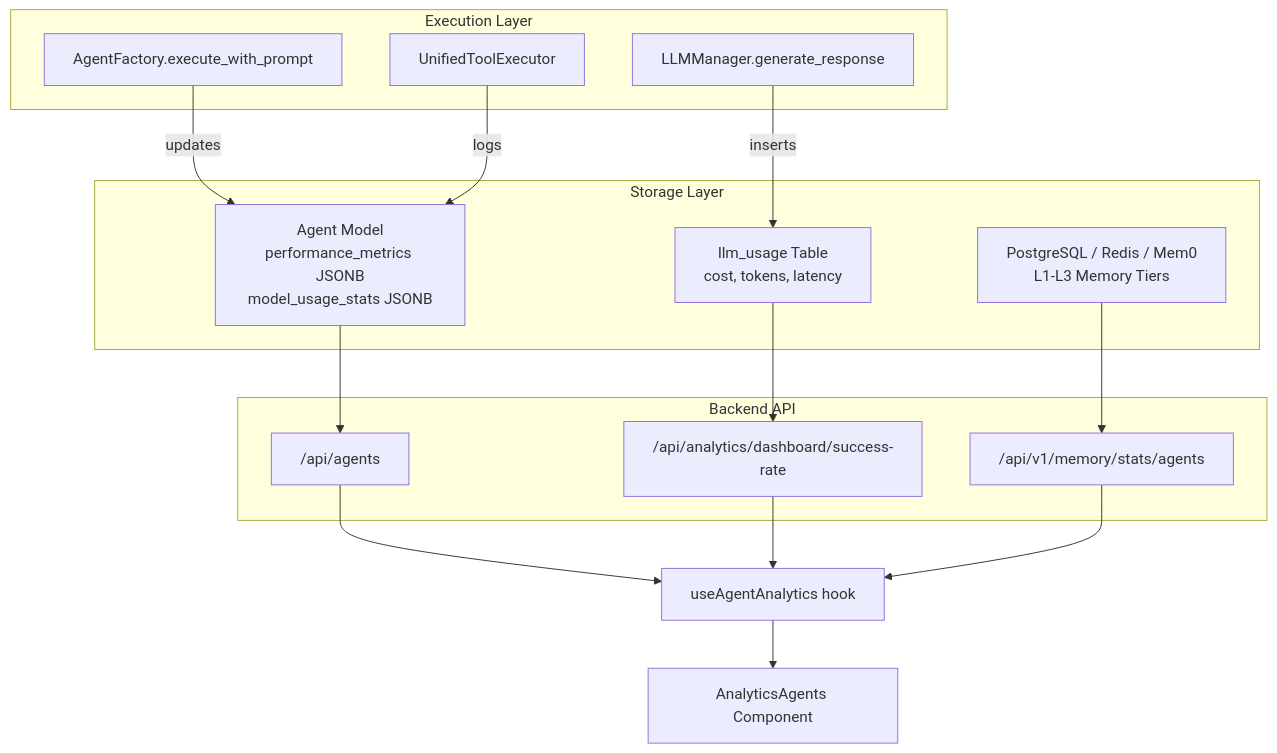
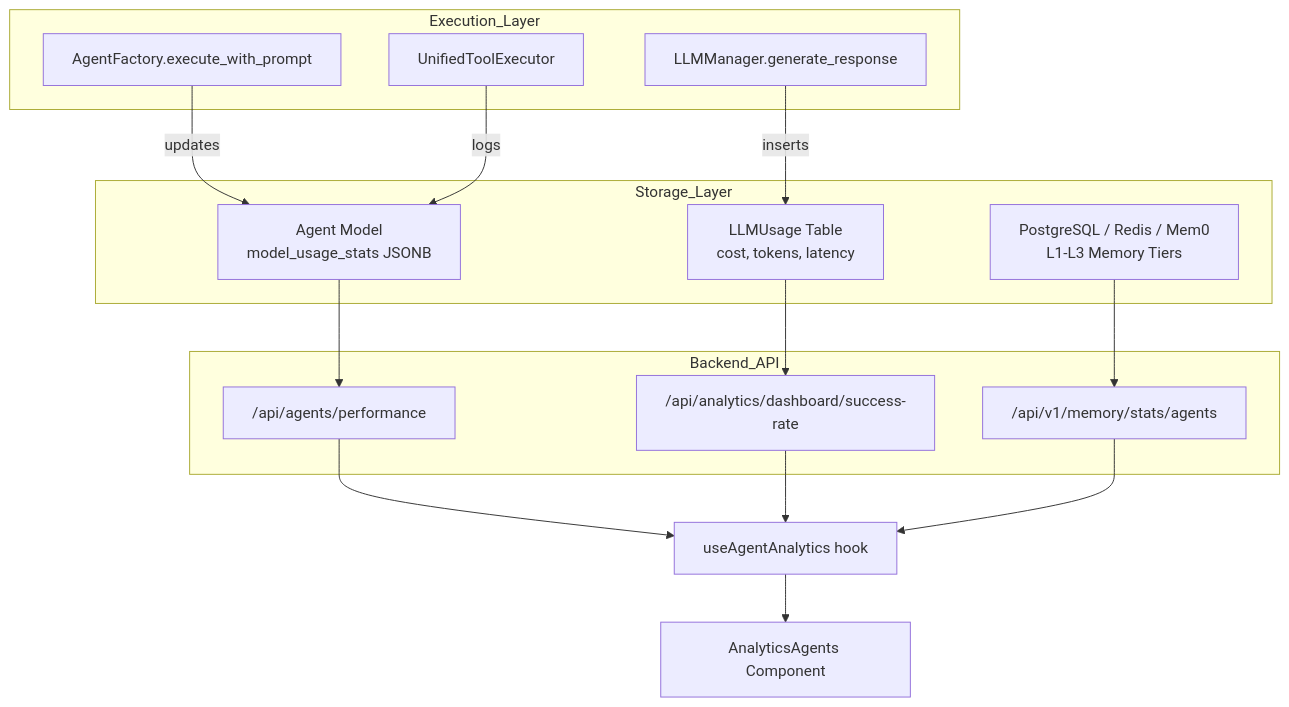
The first of 2 diagrams in docs/analytics-monitoring/agent-workflow-analytics.md (AutomatosAI/automatos-ai), drawn with Mermaid before and after one commit. The commit also changed other lines of this file and 153 other files, not shown here.

````diff
--- a/docs/analytics-monitoring/agent-workflow-analytics.md
+++ b/docs/analytics-monitoring/agent-workflow-analytics.md
@@ -54,34 +63,34 @@
 ```mermaid
 graph TB
-    subgraph "Execution Layer"
+    subgraph "Execution_Layer"
         AgentFactory["AgentFactory.execute_with_prompt"]
         LLMManager["LLMManager.generate_response"]
         UnifiedExecutor["UnifiedToolExecutor"]
     end
     
-    subgraph "Storage Layer"
-        AgentModel["Agent Model<br/>performance_metrics JSONB<br/>model_usage_stats JSONB"]
-        LLMUsageTable["llm_usage Table<br/>cost, tokens, latency"]
+    subgraph "Storage_Layer"
+        AgentModel["Agent Model<br/>model_usage_stats JSONB"]
+        LLMUsageTable["LLMUsage Table<br/>cost, tokens, latency"]
         MemoryDB["PostgreSQL / Redis / Mem0<br/>L1-L3 Memory Tiers"]
     end
     
-    subgraph "Backend API"
-        AgentAPI["/api/agents"]
+    subgraph "Backend_API"
+        AgentAPI["/api/agents/performance"]
         SysStats["/api/analytics/dashboard/success-rate"]
         MemStats["/api/v1/memory/stats/agents"]
     end
     
     AgentFactory -->|updates| AgentModel
     LLMManager -->|inserts| LLMUsageTable
     UnifiedExecutor -->|logs| AgentModel
     
     AgentModel --> AgentAPI
     LLMUsageTable --> SysStats
     MemoryDB --> MemStats
     
     AgentAPI --> Hook["useAgentAnalytics hook"]
     SysStats --> Hook
     MemStats --> Hook
     
     Hook --> UI["AnalyticsAgents Component"]
 ```
````
